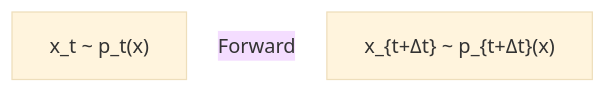
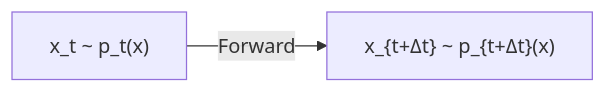
The first of 2 diagrams in _posts/2026-04-27-rethinking-diffusion-Langevin.md (scraed/2026), drawn with Mermaid before and after one commit. The commit also changed other lines of this file, not shown here.

````diff
--- a/_posts/2026-04-27-rethinking-diffusion-Langevin.md
+++ b/_posts/2026-04-27-rethinking-diffusion-Langevin.md
@@ -189,5 +194,4 @@
 ```mermaid
-%%{init: {'theme': 'base', 'themeVariables': { 'background': 'transparent' }}}%%
 flowchart LR
     A["x_t ~ p_t(x)"] -->|Forward| B["x_{t+Δt} ~ p_{t+Δt}(x)"]
 ```
````
